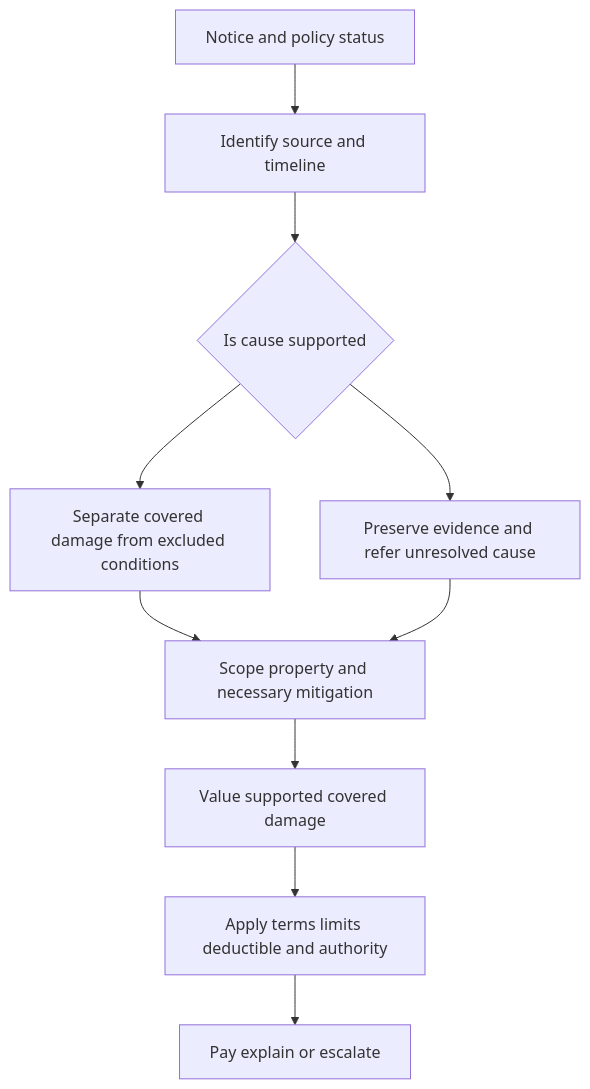
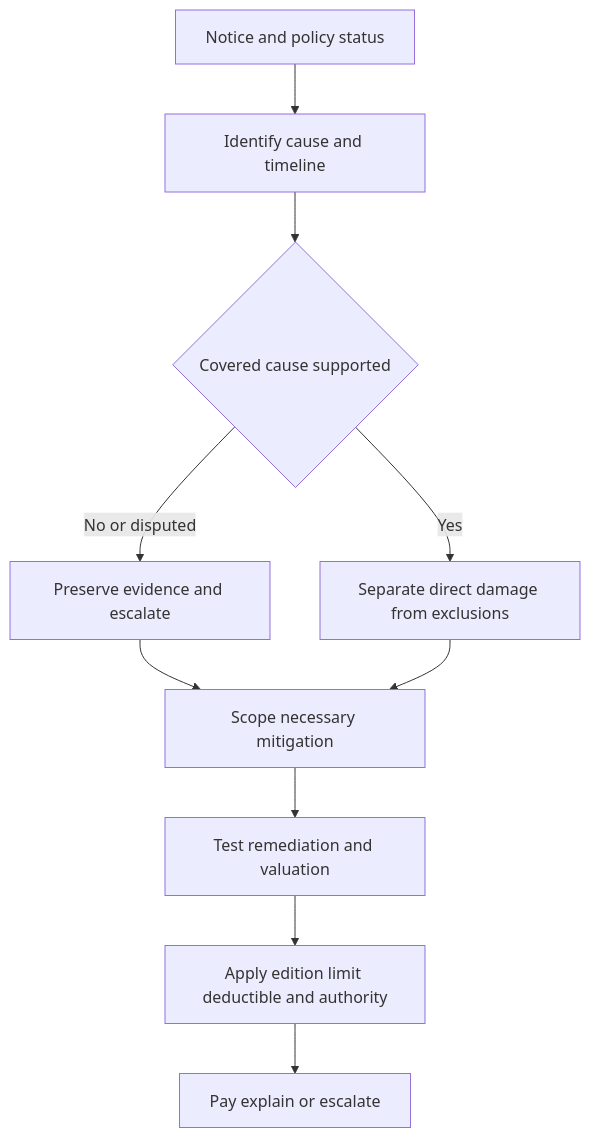
The diagram in openwiki/claims/manual/property-perils-and-loss-types.md (eugeneliu-86/openwiki-insurance-corpus), drawn with Mermaid before and after one commit. The commit also changed other lines of this file and 17 other files, not shown here.

````diff
--- a/openwiki/claims/manual/property-perils-and-loss-types.md
+++ b/openwiki/claims/manual/property-perils-and-loss-types.md
@@ -45,12 +47,12 @@
 ```mermaid
 flowchart TD
-    A["Notice and policy status"] --> B["Identify source and timeline"]
-    B --> C{"Is cause supported"}
-    C --> D["Separate covered damage from excluded conditions"]
-    C --> E["Preserve evidence and refer unresolved cause"]
-    D --> F["Scope property and necessary mitigation"]
+    A["Notice and policy status"] --> B["Identify cause and timeline"]
+    B --> C{"Covered cause supported"}
+    C -->|"No or disputed"| D["Preserve evidence and escalate"]
+    C -->|"Yes"| E["Separate direct damage from exclusions"]
+    D --> F["Scope necessary mitigation"]
     E --> F
-    F --> G["Value supported covered damage"]
-    G --> H["Apply terms limits deductible and authority"]
+    F --> G["Test remediation and valuation"]
+    G --> H["Apply edition limit deductible and authority"]
     H --> I["Pay explain or escalate"]
 ```
````
